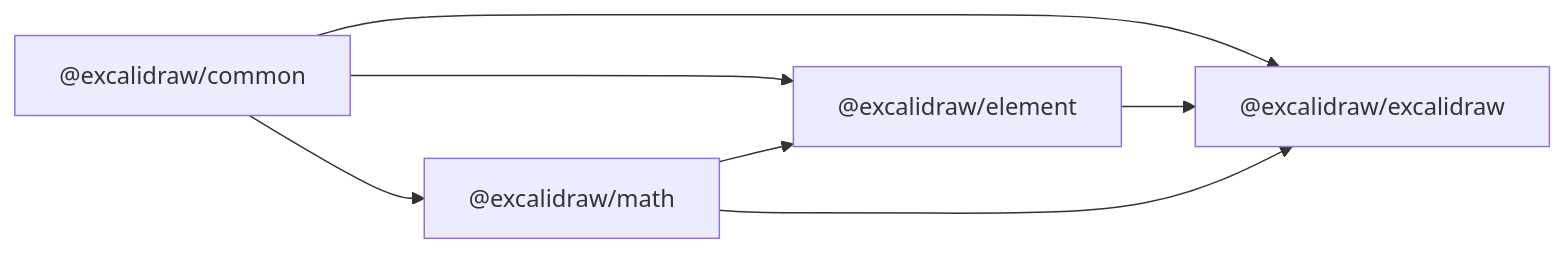
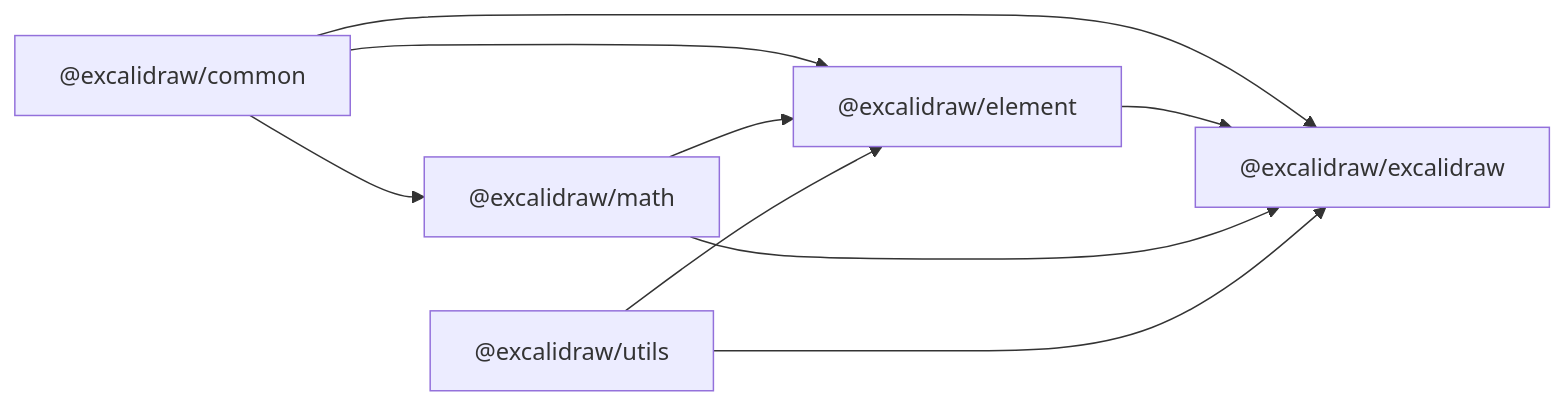
The second of 2 diagrams in docs/technical/architecture.md (koldovsky/2026-fwdays-agentic-large-day01-hw), drawn with Mermaid before and after one commit. The commit also changed other lines of this file and 3 other files, not shown here.

````diff
--- a/docs/technical/architecture.md
+++ b/docs/technical/architecture.md
@@ -237,14 +237,17 @@
 ```mermaid
 flowchart LR
   common["@excalidraw/common"]
   math["@excalidraw/math"]
+  utils["@excalidraw/utils"]
   element["@excalidraw/element"]
   excalidraw["@excalidraw/excalidraw"]
 
   common --> math
   common --> element
   math --> element
+  utils --> element
   common --> excalidraw
   element --> excalidraw
   math --> excalidraw
+  utils --> excalidraw
 ```
````
